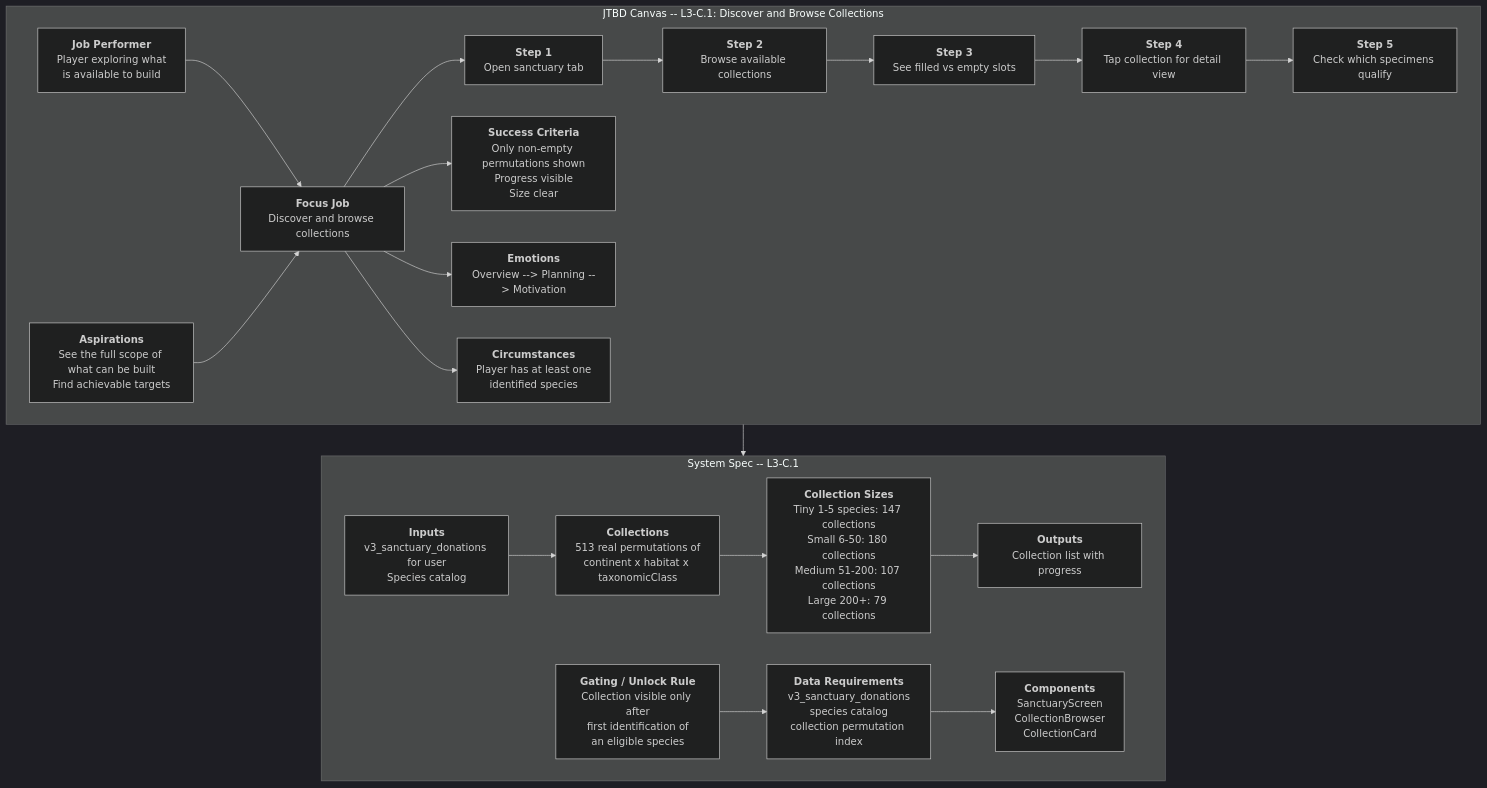
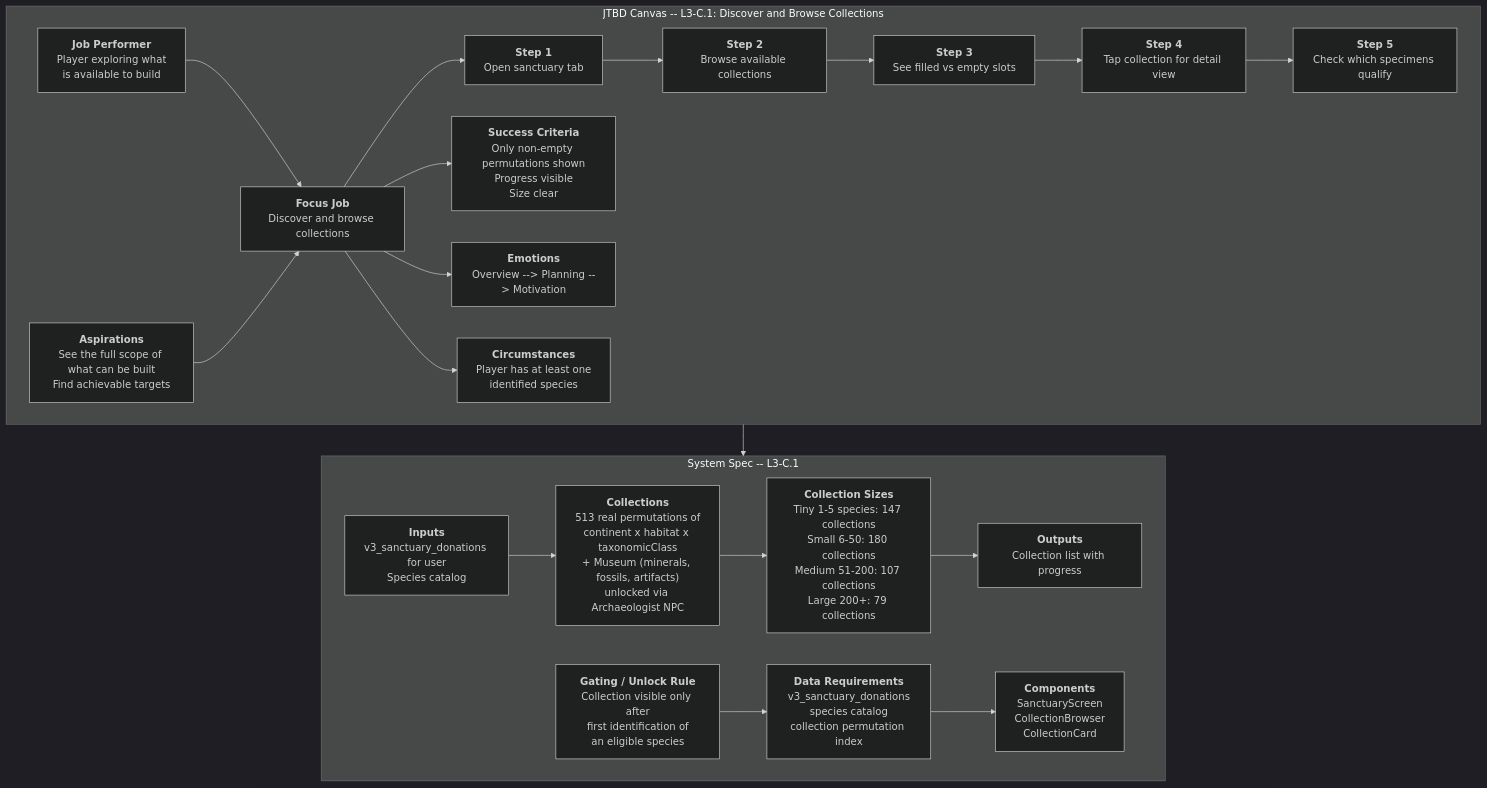
The diagram in docs/diagrams/problem/c1-browse-collections.mmd (JMLegere/geo-app), drawn with Mermaid (dark theme) before and after one commit. The commit also changed 2 other files, not shown here.

Commit message:
docs: add NPC-gating pattern — NPCs unlock features like Museum
Museum is a collection for non-fauna items (minerals, fossils, artifacts),
unlocked by discovering the Archaeologist NPC. Updated I-series and C.1
canvases to reflect that NPCs are feature gates, not just quest-givers.

https://claude.ai/code/session_01Uf9fE4D4TXLRJZ2fMrf85n

```diff
--- a/docs/diagrams/problem/c1-browse-collections.mmd
+++ b/docs/diagrams/problem/c1-browse-collections.mmd
@@ -1,41 +1,41 @@
 %% Status: NEEDS HUMAN REVIEW
 flowchart TD
     subgraph JTBD["JTBD Canvas -- L3-C.1: Discover and Browse Collections"]
         JP["<b>Job Performer</b><br/>Player exploring what<br/>is available to build"]
         ASP["<b>Aspirations</b><br/>See the full scope of what can be built<br/>Find achievable targets"]
         FJ["<b>Focus Job</b><br/>Discover and browse collections"]
         S1["<b>Step 1</b><br/>Open sanctuary tab"]
         S2["<b>Step 2</b><br/>Browse available collections"]
         S3["<b>Step 3</b><br/>See filled vs empty slots"]
         S4["<b>Step 4</b><br/>Tap collection for detail view"]
         S5["<b>Step 5</b><br/>Check which specimens qualify"]
         SC["<b>Success Criteria</b><br/>Only non-empty permutations shown<br/>Progress visible<br/>Size clear"]
         EM["<b>Emotions</b><br/>Overview --> Planning --> Motivation"]
         CIRC["<b>Circumstances</b><br/>Player has at least one<br/>identified species"]
 
         JP --> FJ
         ASP --> FJ
         FJ --> S1
         S1 --> S2 --> S3 --> S4 --> S5
         FJ --> SC
         FJ --> EM
         FJ --> CIRC
     end
 
     subgraph SystemSpec["System Spec -- L3-C.1"]
         IN["<b>Inputs</b><br/>v3_sanctuary_donations for user<br/>Species catalog"]
         OUT["<b>Outputs</b><br/>Collection list with progress"]
-        COLL["<b>Collections</b><br/>513 real permutations of<br/>continent x habitat x taxonomicClass"]
+        COLL["<b>Collections</b><br/>513 real permutations of<br/>continent x habitat x taxonomicClass<br/>+ Museum (minerals, fossils, artifacts)<br/>unlocked via Archaeologist NPC"]
         SIZES["<b>Collection Sizes</b><br/>Tiny 1-5 species: 147 collections<br/>Small 6-50: 180 collections<br/>Medium 51-200: 107 collections<br/>Large 200+: 79 collections"]
         GT["<b>Gating / Unlock Rule</b><br/>Collection visible only after<br/>first identification of<br/>an eligible species"]
         DR["<b>Data Requirements</b><br/>v3_sanctuary_donations<br/>species catalog<br/>collection permutation index"]
         COMP["<b>Components</b><br/>SanctuaryScreen<br/>CollectionBrowser<br/>CollectionCard"]
 
         IN --> COLL
         COLL --> SIZES
         SIZES --> OUT
         GT --> DR
         DR --> COMP
     end
 
     JTBD --> SystemSpec
```
